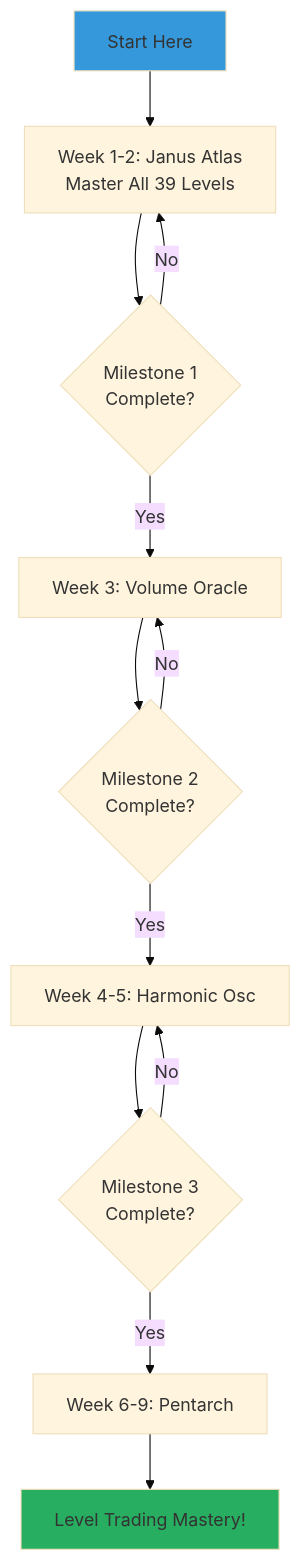
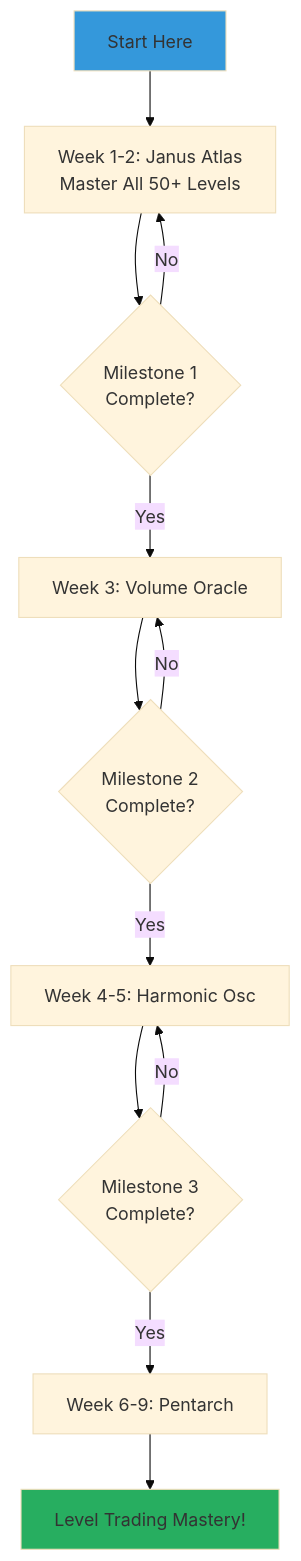
The second of 3 diagrams in docs/start-learning-path/index.md (Signalpilot/signalpilot-docs), drawn with Mermaid (base theme) before and after one commit. The commit also changed other lines of this file and 10 other files, not shown here.

First line of the commit message:
Update all documentation to reflect 50+ level types in Janus Atlas

````diff
--- a/docs/start-learning-path/index.md
+++ b/docs/start-learning-path/index.md
@@ -226,20 +226,20 @@
 ```mermaid
 flowchart TD
-    Start2[Start Here] --> Step2_1[Week 1-2: Janus Atlas<br/>Master All 39 Levels]
+    Start2[Start Here] --> Step2_1[Week 1-2: Janus Atlas<br/>Master All 50+ Levels]
     Step2_1 --> Milestone2_1{Milestone 1<br/>Complete?}
     Milestone2_1 -->|Yes| Step2_2[Week 3: Volume Oracle]
     Milestone2_1 -->|No| Step2_1
 
     Step2_2 --> Milestone2_2{Milestone 2<br/>Complete?}
     Milestone2_2 -->|Yes| Step2_3[Week 4-5: Harmonic Osc]
     Milestone2_2 -->|No| Step2_2
 
     Step2_3 --> Milestone2_3{Milestone 3<br/>Complete?}
     Milestone2_3 -->|Yes| Step2_4[Week 6-9: Pentarch]
     Milestone2_3 -->|No| Step2_3
 
     Step2_4 --> Complete2[Level Trading Mastery!]
 
     style Start2 fill:#3498db
     style Complete2 fill:#27ae60
 ```
````
